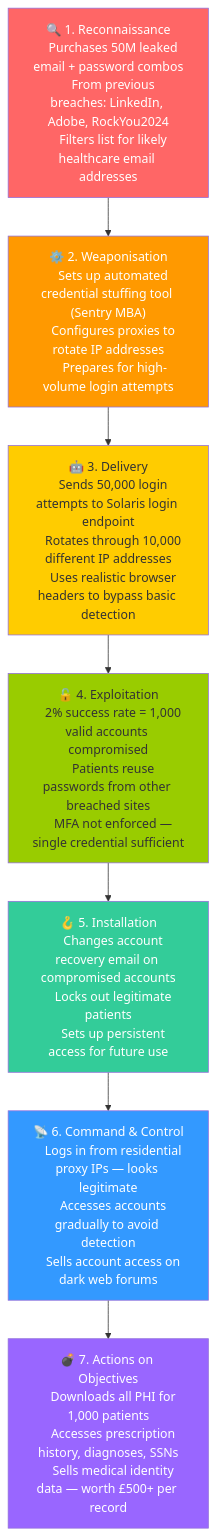
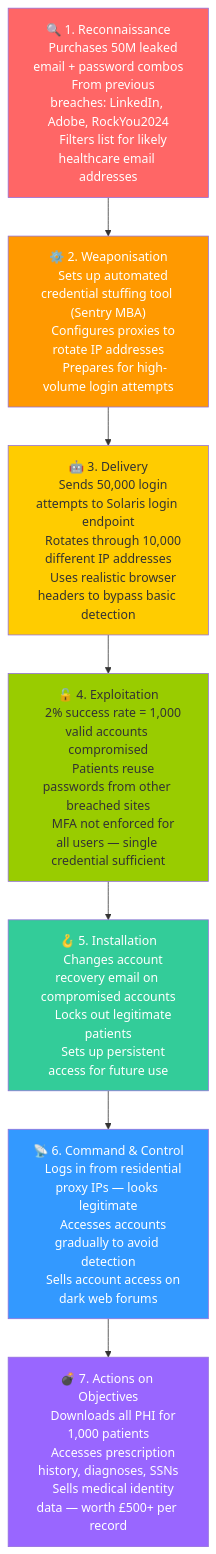
The fifth of 5 diagrams in reports/analyses/kill-chain-analysis.md (AurelienKumarathas/Complete-threat-model-for-healthcare-application), drawn with Mermaid before and after one commit. The commit also changed other lines of this file, not shown here.

````diff
--- a/reports/analyses/kill-chain-analysis.md
+++ b/reports/analyses/kill-chain-analysis.md
@@ -354,39 +361,39 @@
 ```mermaid
 flowchart TD
     style R5 fill:#ff6666,color:#fff
     style W5 fill:#ff9900,color:#fff
     style De5 fill:#ffcc00,color:#333
     style Ex5 fill:#99cc00,color:#333
     style In5 fill:#33cc99,color:#fff
     style C5 fill:#3399ff,color:#fff
     style A5 fill:#9966ff,color:#fff
 
     R5["🔍 1. Reconnaissance
     Purchases 50M leaked email + password combos
     From previous breaches: LinkedIn, Adobe, RockYou2024
     Filters list for likely healthcare email addresses"] 
     --> W5["⚙️ 2. Weaponisation
     Sets up automated credential stuffing tool (Sentry MBA)
     Configures proxies to rotate IP addresses
     Prepares for high-volume login attempts"]
     --> De5["🤖 3. Delivery
     Sends 50,000 login attempts to Solaris login endpoint
     Rotates through 10,000 different IP addresses
     Uses realistic browser headers to bypass basic detection"]
     --> Ex5["🔓 4. Exploitation
     2% success rate = 1,000 valid accounts compromised
     Patients reuse passwords from other breached sites
-    MFA not enforced — single credential sufficient"]
+    MFA not enforced for all users — single credential sufficient"]
     --> In5["🪝 5. Installation
     Changes account recovery email on compromised accounts
     Locks out legitimate patients
     Sets up persistent access for future use"]
     --> C5["📡 6. Command & Control
     Logs in from residential proxy IPs — looks legitimate
     Accesses accounts gradually to avoid detection
     Sells account access on dark web forums"]
     --> A5["💣 7. Actions on Objectives
     Downloads all PHI for 1,000 patients
     Accesses prescription history, diagnoses, SSNs
     Sells medical identity data — worth £500+ per record"]
 ```
````
